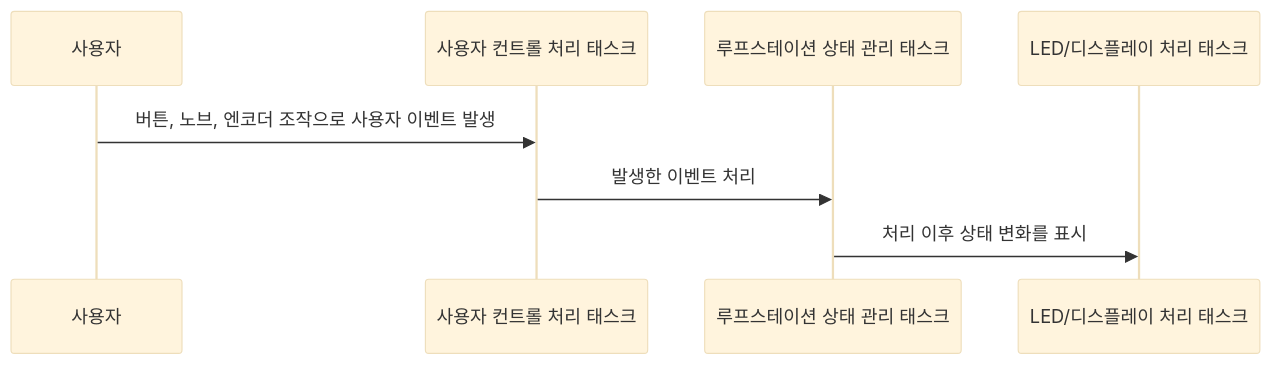
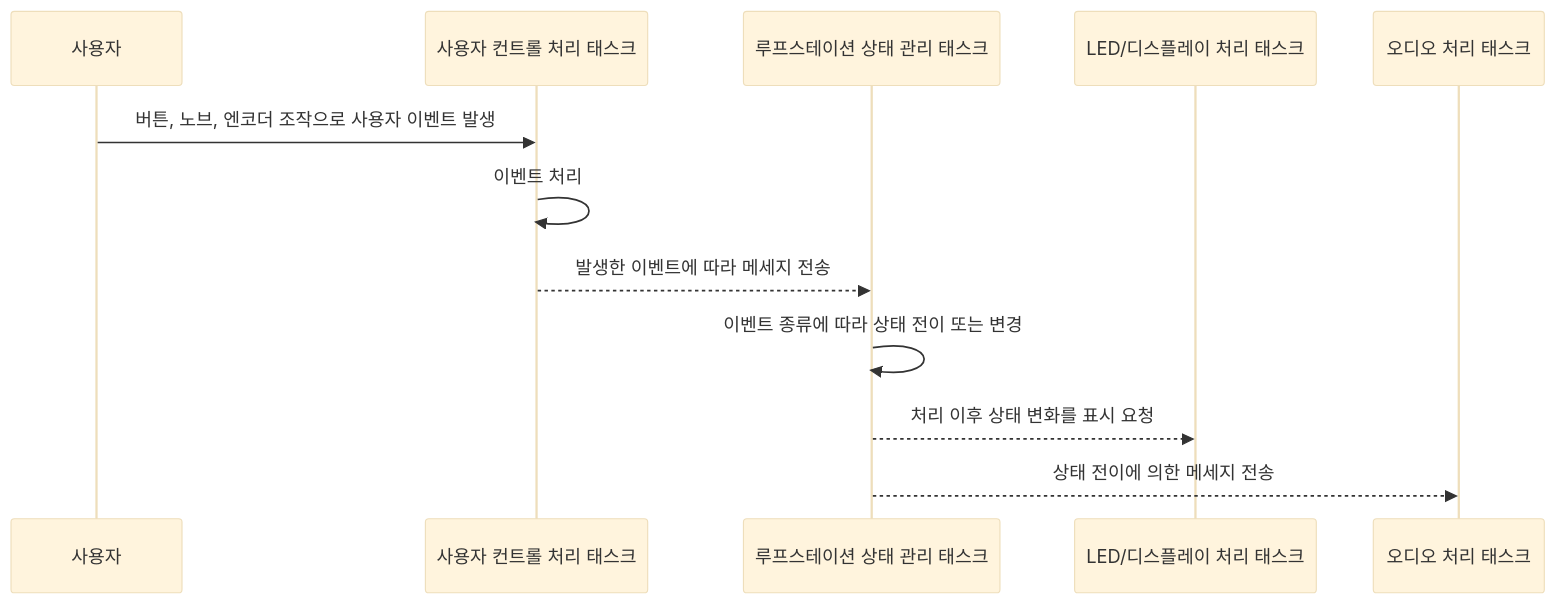
Before and after one commit to 10cheon00/rtos-loopstation: the fifth of 10 diagrams in docs/software_design.md, drawn with Mermaid (base theme). The commit also changed other lines of this file and 1 other file, not shown here.

````diff
--- a/docs/software_design.md
+++ b/docs/software_design.md
@@ -51,11 +199,15 @@
     ```mermaid
     sequenceDiagram
         participant 사용자
         participant 사용자 컨트롤 처리 태스크
         participant 루프스테이션 상태 관리 태스크
         participant LED/디스플레이 처리 태스크
+        participant 오디오 처리 태스크
 
         사용자 ->> 사용자 컨트롤 처리 태스크: 버튼, 노브, 엔코더 조작으로 사용자 이벤트 발생
-        사용자 컨트롤 처리 태스크 ->> 루프스테이션 상태 관리 태스크: 발생한 이벤트 처리
-        루프스테이션 상태 관리 태스크 ->> LED/디스플레이 처리 태스크: 처리 이후 상태 변화를 표시
+        사용자 컨트롤 처리 태스크->>사용자 컨트롤 처리 태스크: 이벤트 처리
+        사용자 컨트롤 처리 태스크-->>루프스테이션 상태 관리 태스크: 발생한 이벤트에 따라 메세지 전송
+        루프스테이션 상태 관리 태스크 ->> 루프스테이션 상태 관리 태스크: 이벤트 종류에 따라 상태 전이 또는 변경
+        루프스테이션 상태 관리 태스크 -->> LED/디스플레이 처리 태스크: 처리 이후 상태 변화를 표시 요청
+        루프스테이션 상태 관리 태스크 -->> 오디오 처리 태스크: 상태 전이에 의한 메세지 전송
     ```
````
